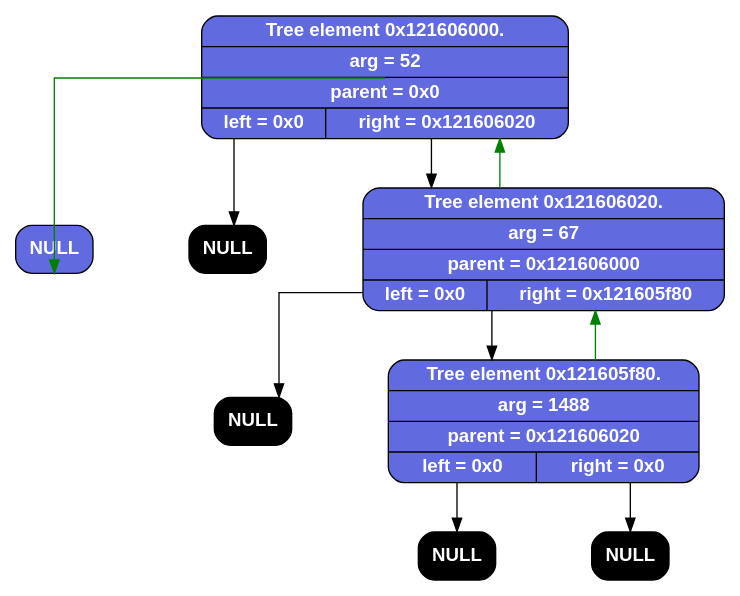
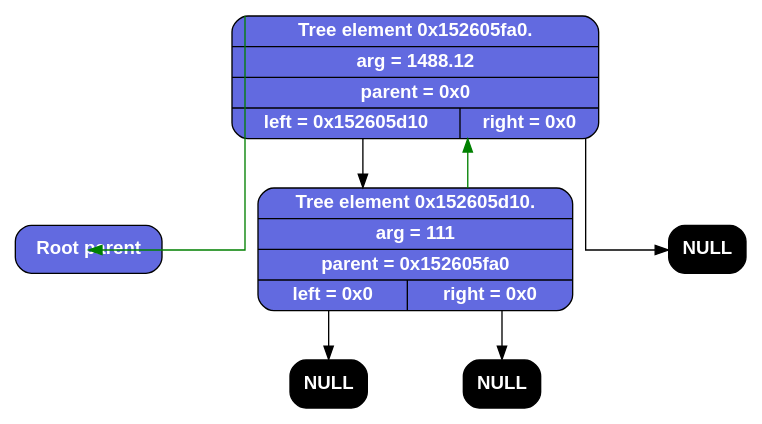
The diagram in Tree.gv (tikuznezov/Sorting_Tree), drawn with Graphviz before and after one commit. The commit also changed 15 other files, not shown here.

```diff
--- a/Tree.gv
+++ b/Tree.gv
@@ -1,28 +1,22 @@
 
 
-digraph TreeVerify {
+digraph main {
 rankdir=TB; splines=ortho; nodesep = 1; bgcolor="#FFFFFF";
 node [shape = Mrecord, style = filled, fillcolor = "#626ae0", fontcolor = "#ffffff", fontname="Helvetica-Bold"];
 
 # ZERO NODE
-	n0x0 [label="NULL"];
+	n0x0 [label="Root parent"];
 
-	n0x121606000 [label="{Tree element 0x121606000.| arg = 52       | parent = 0x0 |{ left = 0x0 | right = 0x121606020 }}"];
-	n0x121606000:n -> n0x0:s [color = green];
-	NULL_L_0x16d33ac10 [label="NULL", fillcolor = "#000000"];
-	n0x121606000 -> NULL_L_0x16d33ac10;
-	n0x121606000 -> n0x121606020;
+	n0x152605fa0 [label="{Tree element 0x152605fa0.| arg = 1488.12  | parent = 0x0 |{ left = 0x152605d10 | right = 0x0 }}"];
+	n0x152605fa0:n -> n0x0:s [color = green];
+	n0x152605fa0 -> n0x152605d10;
+	NULL_R_0x152605fa0 [label="NULL", fillcolor = "#000000"];
+	n0x152605fa0 -> NULL_R_0x152605fa0;
 
-	n0x121606020 [label="{Tree element 0x121606020.| arg = 67       | parent = 0x121606000 |{ left = 0x0 | right = 0x121605f80 }}"];
-	n0x121606020:n -> n0x121606000:s [color = green];
-	NULL_L_0x16d33ab90 [label="NULL", fillcolor = "#000000"];
-	n0x121606020 -> NULL_L_0x16d33ab90;
-	n0x121606020 -> n0x121605f80;
-
-	n0x121605f80 [label="{Tree element 0x121605f80.| arg = 1488     | parent = 0x121606020 |{ left = 0x0 | right = 0x0 }}"];
-	n0x121605f80:n -> n0x121606020:s [color = green];
-	NULL_L_0x16d33ab10 [label="NULL", fillcolor = "#000000"];
-	n0x121605f80 -> NULL_L_0x16d33ab10;
-	NULL_R_0x16d33ab10 [label="NULL", fillcolor = "#000000"];
-	n0x121605f80 -> NULL_R_0x16d33ab10;
+	n0x152605d10 [label="{Tree element 0x152605d10.| arg = 111      | parent = 0x152605fa0 |{ left = 0x0 | right = 0x0 }}"];
+	n0x152605d10:n -> n0x152605fa0:s [color = green];
+	NULL_L_0x152605d10 [label="NULL", fillcolor = "#000000"];
+	n0x152605d10 -> NULL_L_0x152605d10;
+	NULL_R_0x152605d10 [label="NULL", fillcolor = "#000000"];
+	n0x152605d10 -> NULL_R_0x152605d10;
 }
```
